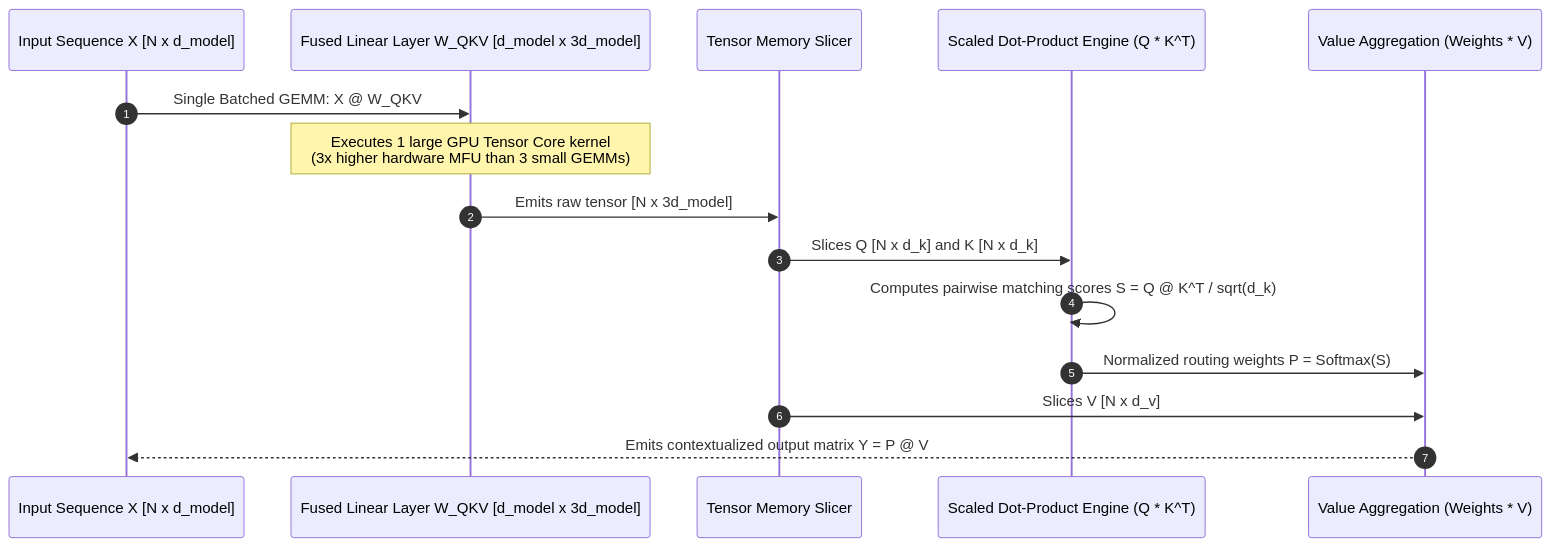
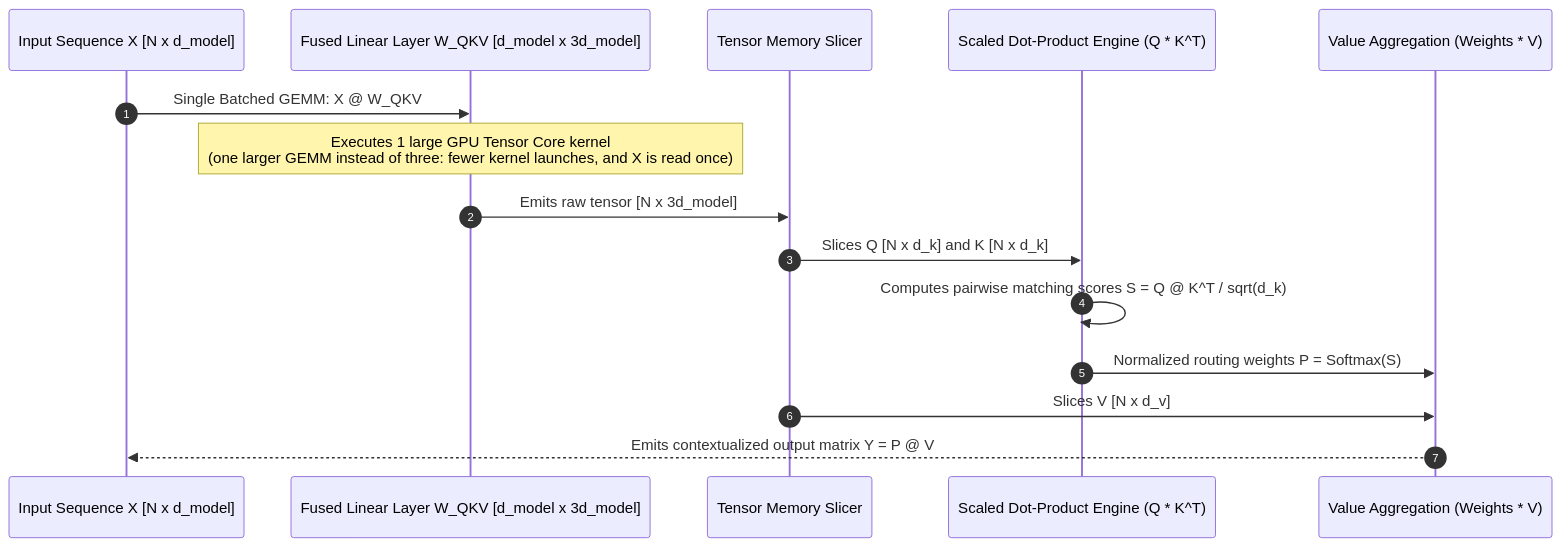
The first of 2 diagrams in content/genai/02-transformer-architecture/04-queries-keys-and-values/README.md (TapanKumarBarik/Backend-roadmap), drawn with Mermaid before and after one commit. The commit also changed other lines of this file, not shown here.

````diff
--- a/content/genai/02-transformer-architecture/04-queries-keys-and-values/README.md
+++ b/content/genai/02-transformer-architecture/04-queries-keys-and-values/README.md
@@ -21,18 +21,18 @@
 ```mermaid
 sequenceDiagram
     autonumber
     participant Input as Input Sequence X [N x d_model]
     participant Fused as Fused Linear Layer W_QKV [d_model x 3d_model]
     participant Slicer as Tensor Memory Slicer
     participant Attention as Scaled Dot-Product Engine (Q * K^T)
     participant Aggregate as Value Aggregation (Weights * V)
 
     Input->>Fused: Single Batched GEMM: X @ W_QKV
-    Note over Fused: Executes 1 large GPU Tensor Core kernel<br/>(3x higher hardware MFU than 3 small GEMMs)
+    Note over Fused: Executes 1 large GPU Tensor Core kernel<br/>(one larger GEMM instead of three: fewer kernel launches, and X is read once)
     Fused->>Slicer: Emits raw tensor [N x 3d_model]
     Slicer->>Attention: Slices Q [N x d_k] and K [N x d_k]
     Attention->>Attention: Computes pairwise matching scores S = Q @ K^T / sqrt(d_k)
     Attention->>Aggregate: Normalized routing weights P = Softmax(S)
     Slicer->>Aggregate: Slices V [N x d_v]
     Aggregate-->>Input: Emits contextualized output matrix Y = P @ V
 ```
````
